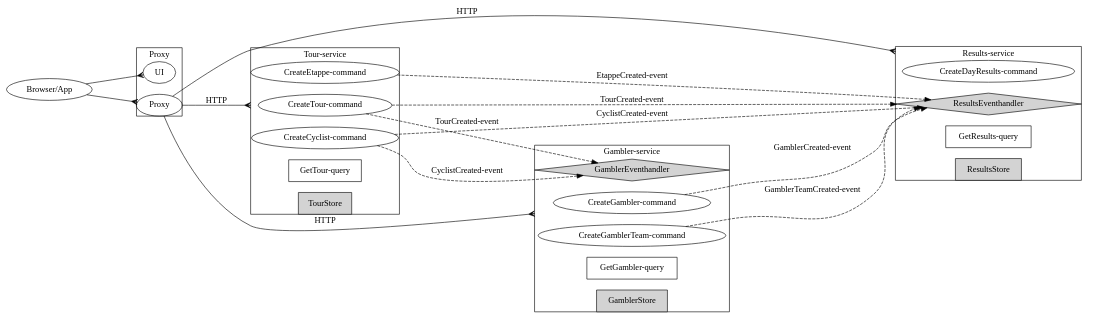
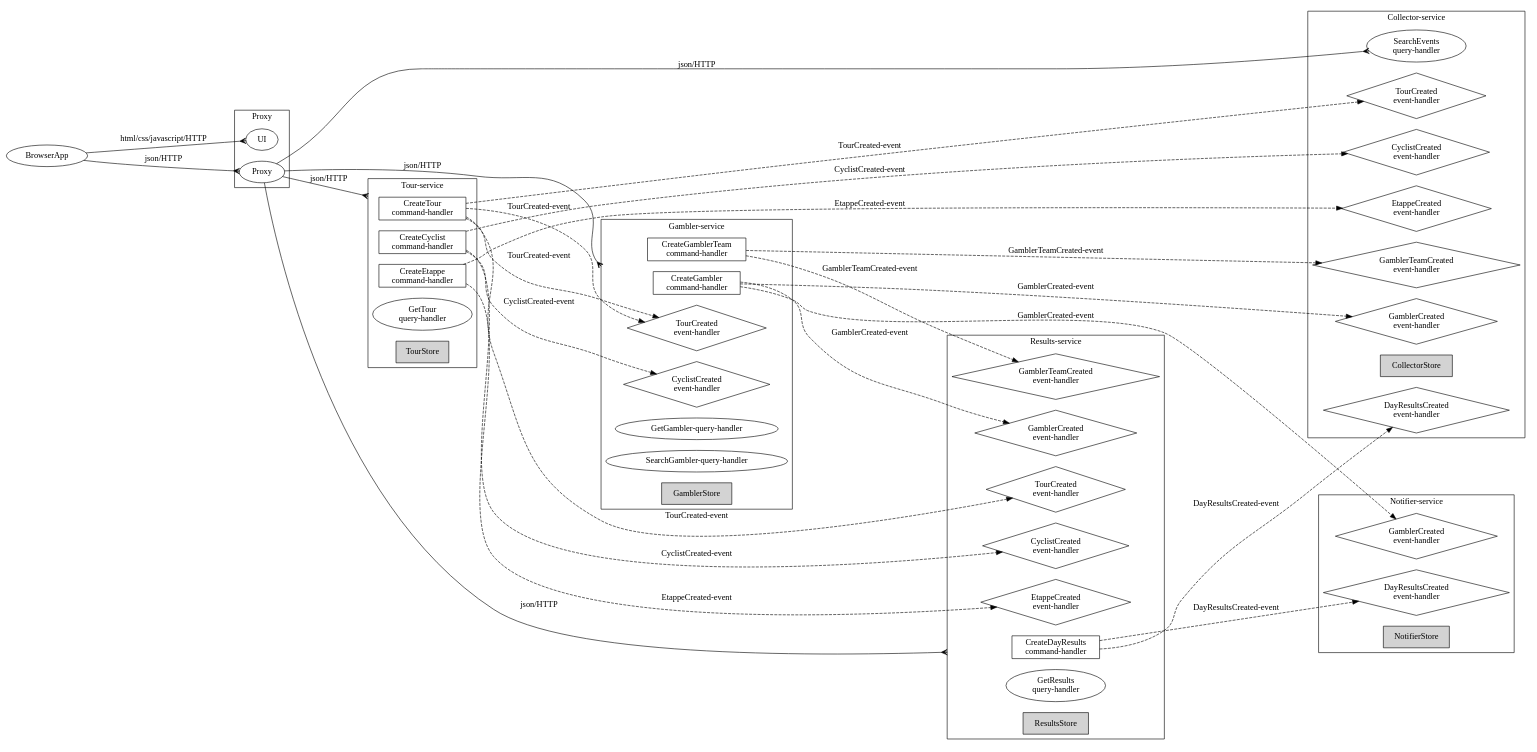
One commit to MarcGrol/microgen changed the diagram in tourApp/doc/graphviz_manual.dot. Above: the diagram before and after it, drawn with Graphviz. The commit also changed 9 other files, not shown here.

Commit message:
Added tool to generate graphviz that explains relation-ships between components

```diff
--- a/tourApp/doc/graphviz_manual.dot
+++ b/tourApp/doc/graphviz_manual.dot
@@ -1,58 +1,112 @@
 digraph G {
-	graph [compound=true, rankdir=LR, ranksep="1.0", page="11.692913,8.267716", margin="0.500000,0.125197", bb="0 0 1554 562"];
+	graph [compound=true, rankdir=LR, ranksep="1.0"];
 	node [label="\N"];
-	graph [page="8.263889,11.694444",
-		margin="0.250000,0.569444"];
+
 	subgraph clusterproxy {
-		graph [page="11.692913,8.267716",
-			margin="0.500000,0.125197",
-			bb="",
-			label=Proxy];
+		label=Proxy;
 		UI;
 		Proxy;
 	}
+
 	subgraph clustertour {
-		graph [page="11.692913,8.267716",
-			margin="0.500000,0.125197",
-			bb="",
-			label="Tour-service"];
-		CreateTour [label="CreateTour-command"];
-		CreateCyclist [label="CreateCyclist-command"];
-		CreateEtappe [label="CreateEtappe-command"];
-		GetTour [label="GetTour-query", shape=box];
+		label="Tour-service";
+		// events
+		// commands
+		CreateTour [label="CreateTour\ncommand-handler", shape=box];
+		CreateCyclist [label="CreateCyclist\ncommand-handler", shape=box];
+		CreateEtappe [label="CreateEtappe\ncommand-handler", shape=box];
+		// queries
+		GetTour [label="GetTour\nquery-handler"];
+		// store
 		TourStore [shape=box, style=filled];
 	}
+
 	subgraph clustergambler {
-		graph [page="11.692913,8.267716",
-			margin="0.500000,0.125197",
-			bb="",
-			label="Gambler-service"];
-		GamblerEventhandler [shape=diamond, style=filled];
-		CreateGambler [label="CreateGambler-command"];
-		CreateGamblerTeam [label="CreateGamblerTeam-command"];
-		GetGambler [label="GetGambler-query", shape=box];
+		label="Gambler-service";
+		// events
+		GamblerTourCreatedEventhandler [label="TourCreated\nevent-handler",shape=diamond];
+		GamblerCyclistCreatedEventhandler [label="CyclistCreated\nevent-handler",shape=diamond];
+		// commands
+		CreateGambler [label="CreateGambler\ncommand-handler", shape=box];
+		CreateGamblerTeam [label="CreateGamblerTeam\ncommand-handler", shape=box];
+		// queries
+		GetGambler [label="GetGambler-query-handler"];
+		SearchGambler [label="SearchGambler-query-handler"];
+		// store
 		GamblerStore [shape=box, style=filled];
 	}
+
 	subgraph clusterresults {
-		graph [page="11.692913,8.267716",
-			margin="0.500000,0.125197",
-			bb="",
-			label="Results-service"];
-		ResultsEventhandler [shape=diamond, style=filled];
-		CreateDayResults [label="CreateDayResults-command"];
-		GetResults [label="GetResults-query", shape=box];
+		label="Results-service";
+		// events
+		ResultsTourCreatedEventhandler [label="TourCreated\nevent-handler",shape=diamond];
+		ResultsCyclistCreatedEventhandler [label="CyclistCreated\nevent-handler",shape=diamond];
+		ResultsEtappeCreatedEventhandler [label="EtappeCreated\nevent-handler",shape=diamond];
+		ResultsGamblerCreatedEventhandler [label="GamblerCreated\nevent-handler",shape=diamond];
+		ResultsGamblerTeamCreatedEventhandler [label="GamblerTeamCreated\nevent-handler",shape=diamond];
+		// commands
+		CreateDayResults [label="CreateDayResults\ncommand-handler", shape=box];
+		// queries
+		GetResults [label="GetResults\nquery-handler"];
+		// store
 		ResultsStore [shape=box, style=filled];
 	}
-	"Browser/App" -> UI [arrowhead=crow];
-	"Browser/App" -> Proxy [arrowhead=crow];
-	Proxy -> CreateTour [arrowhead=crow, lhead=clustertour, label=HTTP];
-	Proxy -> CreateGambler [arrowhead=crow, lhead=clustergambler, label=HTTP];
-	Proxy -> CreateDayResults [arrowhead=crow, lhead=clusterresults, label=HTTP];
-	CreateTour -> GamblerEventhandler [label="TourCreated-event", style=dashed];
-	CreateTour -> ResultsEventhandler [label="TourCreated-event", style=dashed];
-	CreateCyclist -> GamblerEventhandler [label="CyclistCreated-event", style=dashed];
-	CreateCyclist -> ResultsEventhandler [label="CyclistCreated-event", style=dashed];
-	CreateEtappe -> ResultsEventhandler [label="EtappeCreated-event", style=dashed];
-	CreateGambler -> ResultsEventhandler [label="GamblerCreated-event", style=dashed];
-	CreateGamblerTeam -> ResultsEventhandler [label="GamblerTeamCreated-event", style=dashed];
+
+	subgraph clustercollector {
+		label="Collector-service";
+		// events
+		CollectorTourCreatedEventhandler [label="TourCreated\nevent-handler",shape=diamond];
+		CollectorCyclistCreatedEventhandler [label="CyclistCreated\nevent-handler",shape=diamond];
+		CollectorEtappeCreatedEventhandler [label="EtappeCreated\nevent-handler",shape=diamond];
+		CollectorGamblerCreatedEventhandler [label="GamblerCreated\nevent-handler",shape=diamond];
+		CollectorGamblerTeamCreatedEventhandler [label="GamblerTeamCreated\nevent-handler",shape=diamond];
+		CollectorDayResultsCreatedEventhandler  [label="DayResultsCreated\nevent-handler",shape=diamond];
+		// store
+		CollectorStore [shape=box, style=filled];
+		// queries
+		SearchEvents [label="SearchEvents\nquery-handler"];
+	}
+
+	subgraph clusternotifier {
+		label="Notifier-service";
+		// events
+		NotifierGamblerCreatedEventhandler [label="GamblerCreated\nevent-handler",shape=diamond];
+		NotifierDayResultsCreatedEventhandler  [label="DayResultsCreated\nevent-handler",shape=diamond];
+		// store
+		NotifierStore [shape=box, style=filled];
+	}
+
+	BrowserApp -> UI [label="html/css/javascript/HTTP",arrowhead="crow"];
+	BrowserApp -> Proxy [label="json/HTTP",arrowhead="crow"];
+	
+	Proxy -> CreateTour [label="json/HTTP",arrowhead=crow, lhead=clustertour];
+	Proxy -> CreateGambler [label="json/HTTP",arrowhead=crow, lhead=clustergambler];
+	Proxy -> CreateDayResults [label="json/HTTP",arrowhead=crow, lhead=clusterresults];
+	Proxy -> SearchEvents [label="json/HTTP",arrowhead=crow, lhead=clusterresults];
+
+	// events initialted from tour-service
+	CreateTour -> GamblerTourCreatedEventhandler [label="TourCreated-event", style=dashed];
+	CreateTour -> GamblerTourCreatedEventhandler [label="TourCreated-event", style=dashed];
+	CreateTour -> ResultsTourCreatedEventhandler [label="TourCreated-event", style=dashed];
+	CreateTour -> CollectorTourCreatedEventhandler [label="TourCreated-event", style=dashed];
+
+	CreateCyclist -> GamblerCyclistCreatedEventhandler [label="CyclistCreated-event", style=dashed];
+	CreateCyclist -> ResultsCyclistCreatedEventhandler [label="CyclistCreated-event", style=dashed];
+	CreateCyclist -> CollectorCyclistCreatedEventhandler [label="CyclistCreated-event", style=dashed];
+	
+	CreateEtappe -> ResultsEtappeCreatedEventhandler [label="EtappeCreated-event", style=dashed];
+	CreateEtappe -> CollectorEtappeCreatedEventhandler [label="EtappeCreated-event", style=dashed];
+
+	// events initiated from gambler service
+	CreateGambler -> ResultsGamblerCreatedEventhandler [label="GamblerCreated-event", style=dashed];
+	CreateGambler -> CollectorGamblerCreatedEventhandler [label="GamblerCreated-event", style=dashed];
+	CreateGambler -> NotifierGamblerCreatedEventhandler [label="GamblerCreated-event", style=dashed];
+
+	CreateGamblerTeam -> ResultsGamblerTeamCreatedEventhandler [label="GamblerTeamCreated-event", style=dashed];
+	CreateGamblerTeam -> CollectorGamblerTeamCreatedEventhandler [label="GamblerTeamCreated-event", style=dashed];
+
+	CreateDayResults -> CollectorDayResultsCreatedEventhandler [label="DayResultsCreated-event", style=dashed];
+	CreateDayResults -> NotifierDayResultsCreatedEventhandler [label="DayResultsCreated-event", style=dashed];
+
+
 }
```
